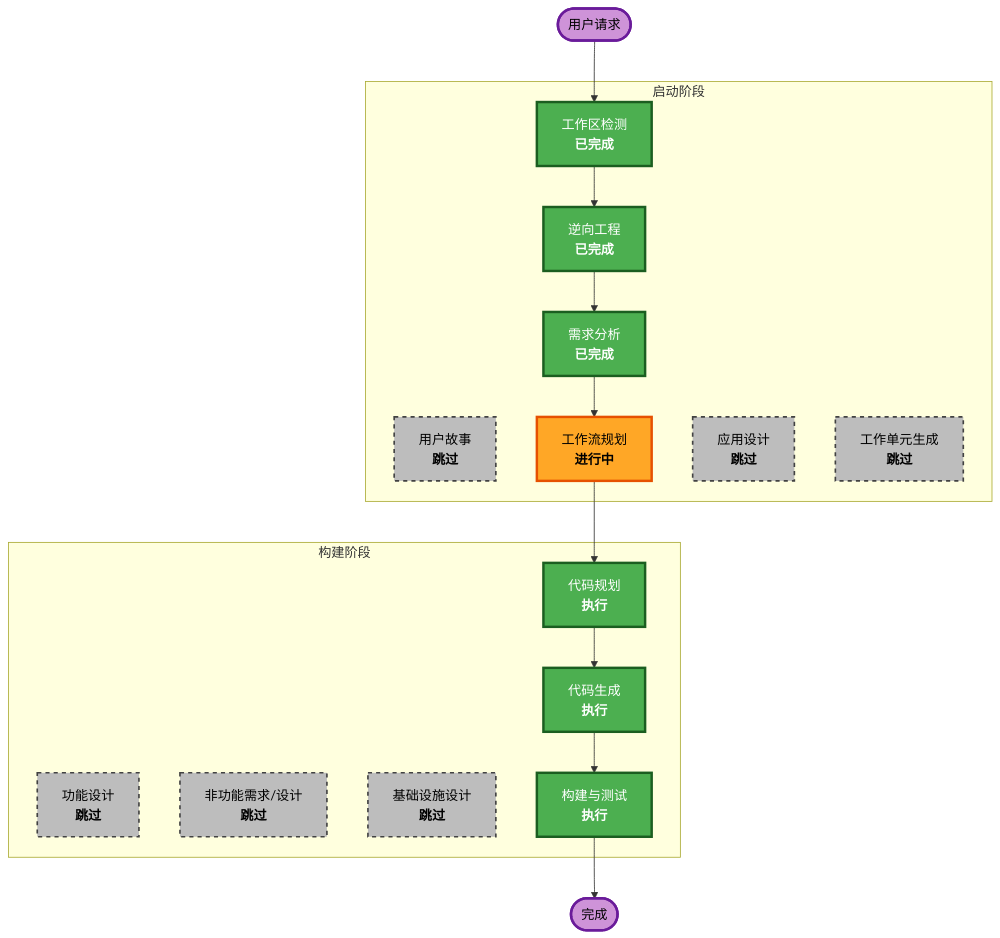
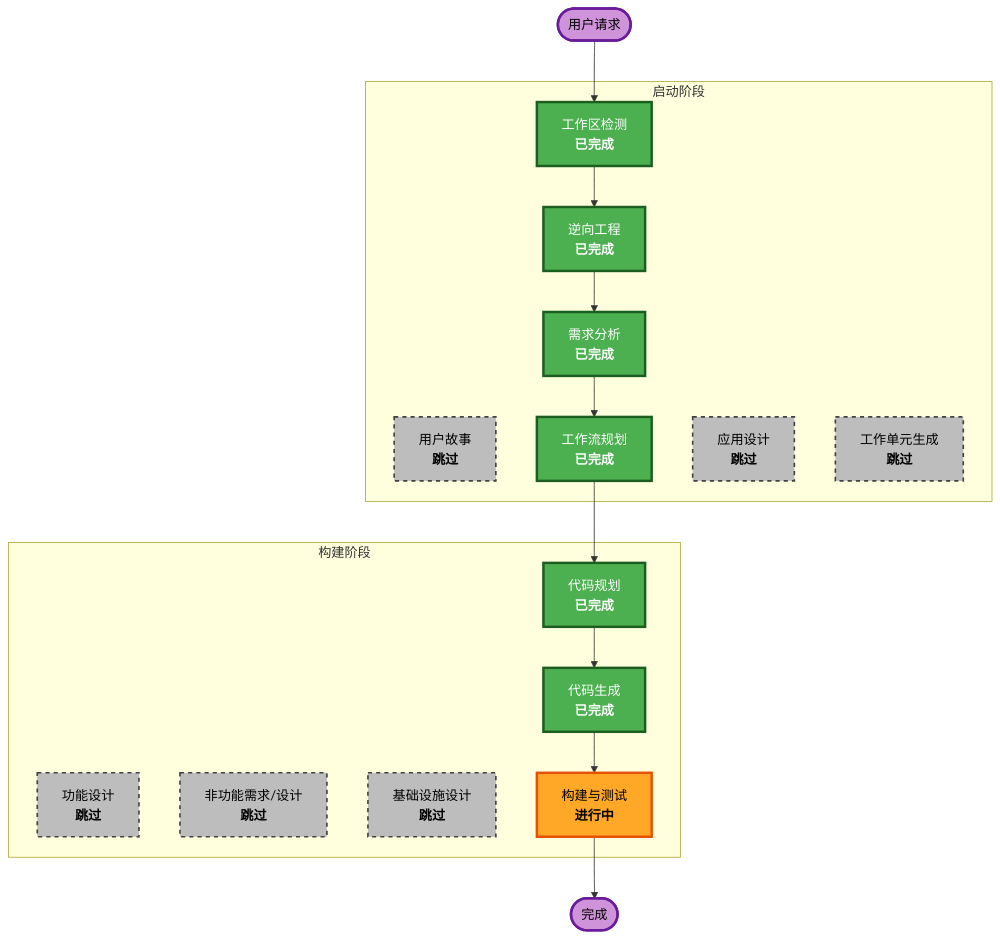
One commit to achui1980/ui_agent changed the diagram in aidlc-docs/inception/plans/execution-plan.md. Above: the diagram before and after it, drawn with Mermaid. The commit also changed other lines of this file and 10 other files, not shown here.

````diff
--- a/aidlc-docs/inception/plans/execution-plan.md
+++ b/aidlc-docs/inception/plans/execution-plan.md
@@ -48,43 +48,43 @@
 ```mermaid
 flowchart TD
     Start(["用户请求"])
 
     subgraph INCEPTION["启动阶段"]
         WD["工作区检测<br/><b>已完成</b>"]
         RE["逆向工程<br/><b>已完成</b>"]
         RA["需求分析<br/><b>已完成</b>"]
         US["用户故事<br/><b>跳过</b>"]
-        WP["工作流规划<br/><b>进行中</b>"]
+        WP["工作流规划<br/><b>已完成</b>"]
         AD["应用设计<br/><b>跳过</b>"]
         UG["工作单元生成<br/><b>跳过</b>"]
     end
 
     subgraph CONSTRUCTION["构建阶段"]
         FD["功能设计<br/><b>跳过</b>"]
         NFR["非功能需求/设计<br/><b>跳过</b>"]
         ID["基础设施设计<br/><b>跳过</b>"]
-        CP["代码规划<br/><b>执行</b>"]
-        CG["代码生成<br/><b>执行</b>"]
-        BT["构建与测试<br/><b>执行</b>"]
+        CP["代码规划<br/><b>已完成</b>"]
+        CG["代码生成<br/><b>已完成</b>"]
+        BT["构建与测试<br/><b>进行中</b>"]
     end
 
     Start --> WD --> RE --> RA --> WP
     WP --> CP --> CG --> BT
     BT --> End(["完成"])
 
     style WD fill:#4CAF50,stroke:#1B5E20,stroke-width:3px,color:#fff
     style RE fill:#4CAF50,stroke:#1B5E20,stroke-width:3px,color:#fff
     style RA fill:#4CAF50,stroke:#1B5E20,stroke-width:3px,color:#fff
-    style WP fill:#FFA726,stroke:#E65100,stroke-width:3px,color:#000
+    style WP fill:#4CAF50,stroke:#1B5E20,stroke-width:3px,color:#fff
     style US fill:#BDBDBD,stroke:#424242,stroke-width:2px,stroke-dasharray: 5 5,color:#000
     style AD fill:#BDBDBD,stroke:#424242,stroke-width:2px,stroke-dasharray: 5 5,color:#000
     style UG fill:#BDBDBD,stroke:#424242,stroke-width:2px,stroke-dasharray: 5 5,color:#000
     style FD fill:#BDBDBD,stroke:#424242,stroke-width:2px,stroke-dasharray: 5 5,color:#000
     style NFR fill:#BDBDBD,stroke:#424242,stroke-width:2px,stroke-dasharray: 5 5,color:#000
     style ID fill:#BDBDBD,stroke:#424242,stroke-width:2px,stroke-dasharray: 5 5,color:#000
     style CP fill:#4CAF50,stroke:#1B5E20,stroke-width:3px,color:#fff
     style CG fill:#4CAF50,stroke:#1B5E20,stroke-width:3px,color:#fff
-    style BT fill:#4CAF50,stroke:#1B5E20,stroke-width:3px,color:#fff
+    style BT fill:#FFA726,stroke:#E65100,stroke-width:3px,color:#000
     style Start fill:#CE93D8,stroke:#6A1B9A,stroke-width:3px,color:#000
     style End fill:#CE93D8,stroke:#6A1B9A,stroke-width:3px,color:#000
 ```
````
